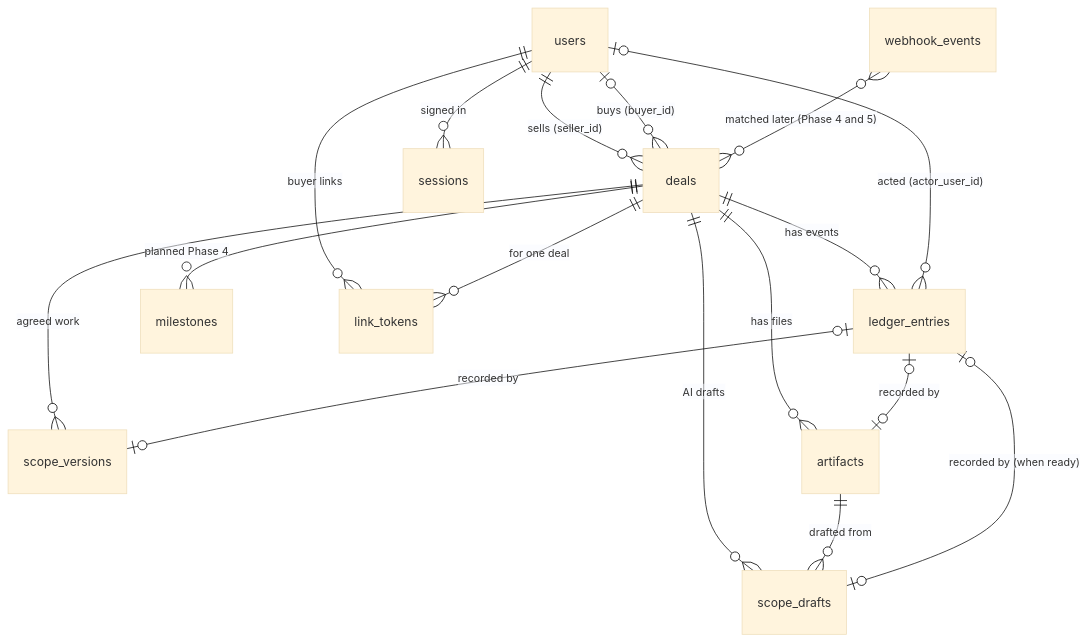
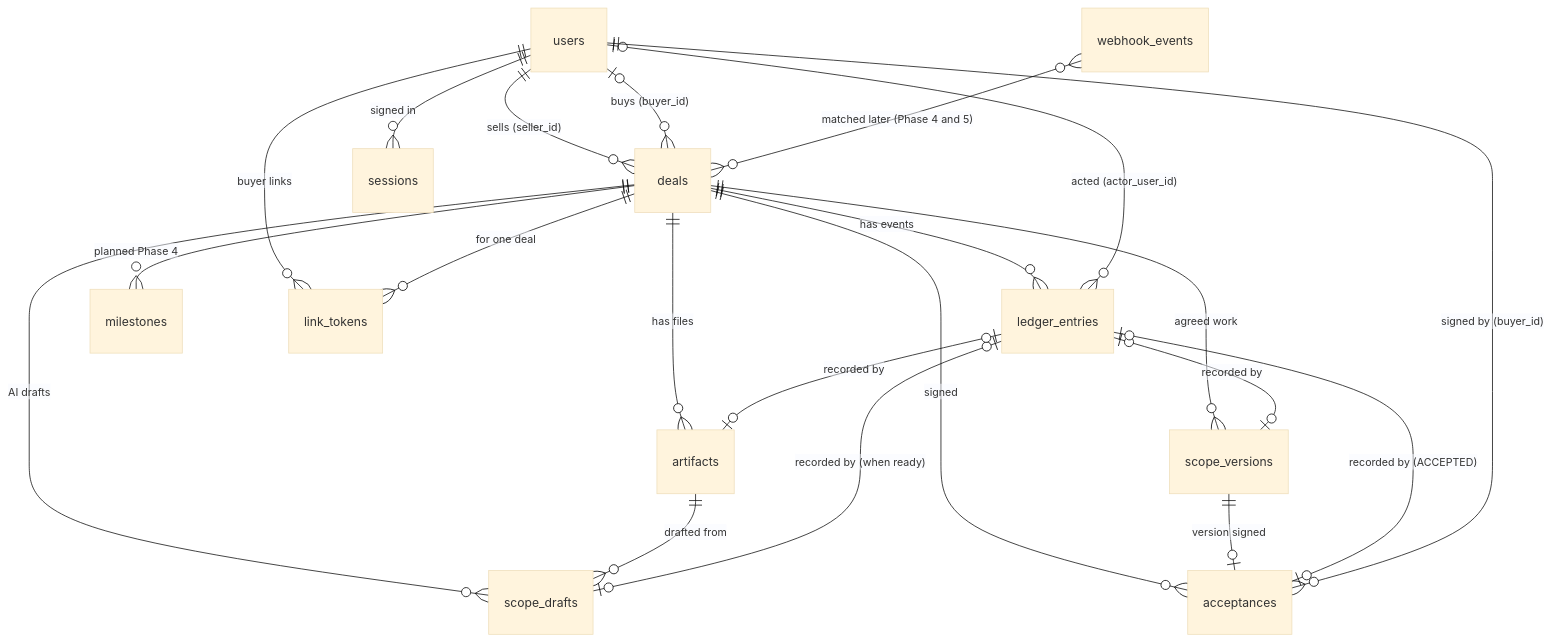
Before and after one commit to sushantpatil2899/pactpal: the diagram in docs/data-model.md, drawn with Mermaid (base theme). The commit also changed other lines of this file and 34 other files, not shown here.

````diff
--- a/docs/data-model.md
+++ b/docs/data-model.md
@@ -5,19 +5,23 @@
 ```mermaid
 erDiagram
   users ||--o{ deals : "sells (seller_id)"
   users |o--o{ deals : "buys (buyer_id)"
   deals ||--o{ ledger_entries : "has events"
   users |o--o{ ledger_entries : "acted (actor_user_id)"
   deals ||--o{ scope_versions : "agreed work"
   ledger_entries |o--o| scope_versions : "recorded by"
+  deals ||--o{ acceptances : "signed"
+  scope_versions ||--o| acceptances : "version signed"
+  ledger_entries |o--o| acceptances : "recorded by (ACCEPTED)"
+  users ||--o{ acceptances : "signed by (buyer_id)"
   deals ||--o{ milestones : "planned Phase 4"
   deals ||--o{ artifacts : "has files"
   deals ||--o{ scope_drafts : "AI drafts"
   artifacts ||--o{ scope_drafts : "drafted from"
   ledger_entries |o--o| scope_drafts : "recorded by (when ready)"
   ledger_entries |o--o| artifacts : "recorded by"
   webhook_events }o--o{ deals : "matched later (Phase 4 and 5)"
   users ||--o{ sessions : "signed in"
   users ||--o{ link_tokens : "buyer links"
   deals ||--o{ link_tokens : "for one deal"
 ```
````
